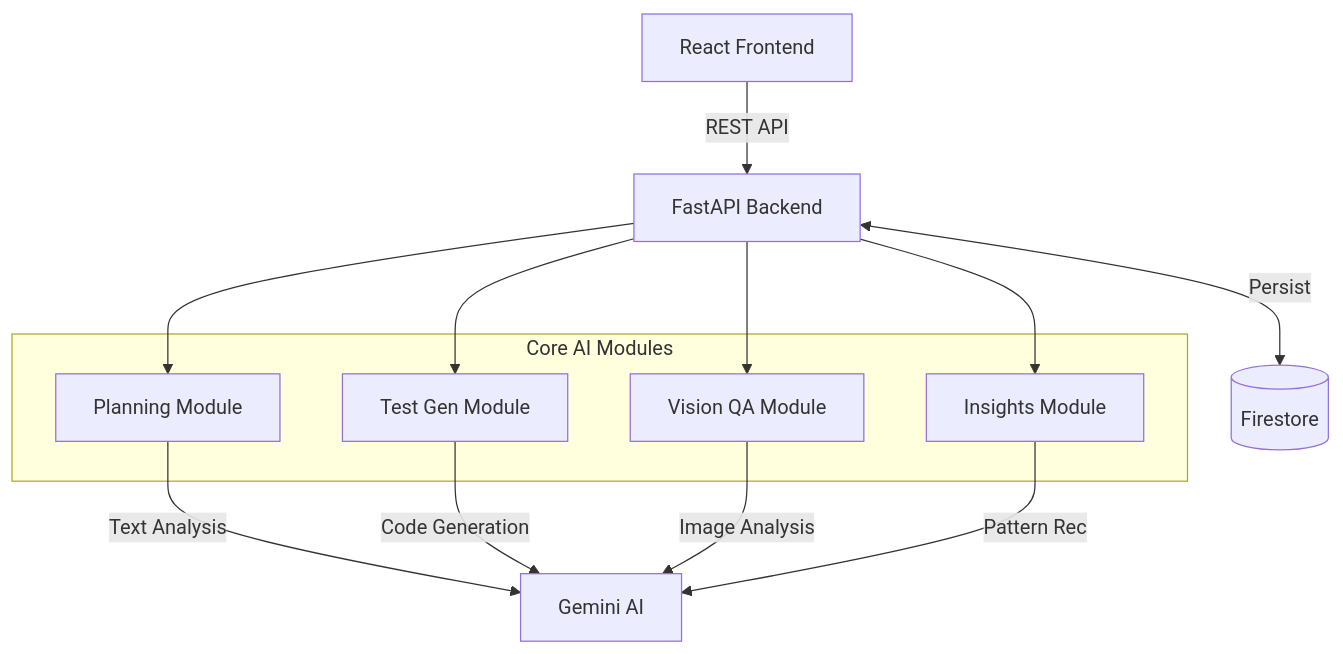
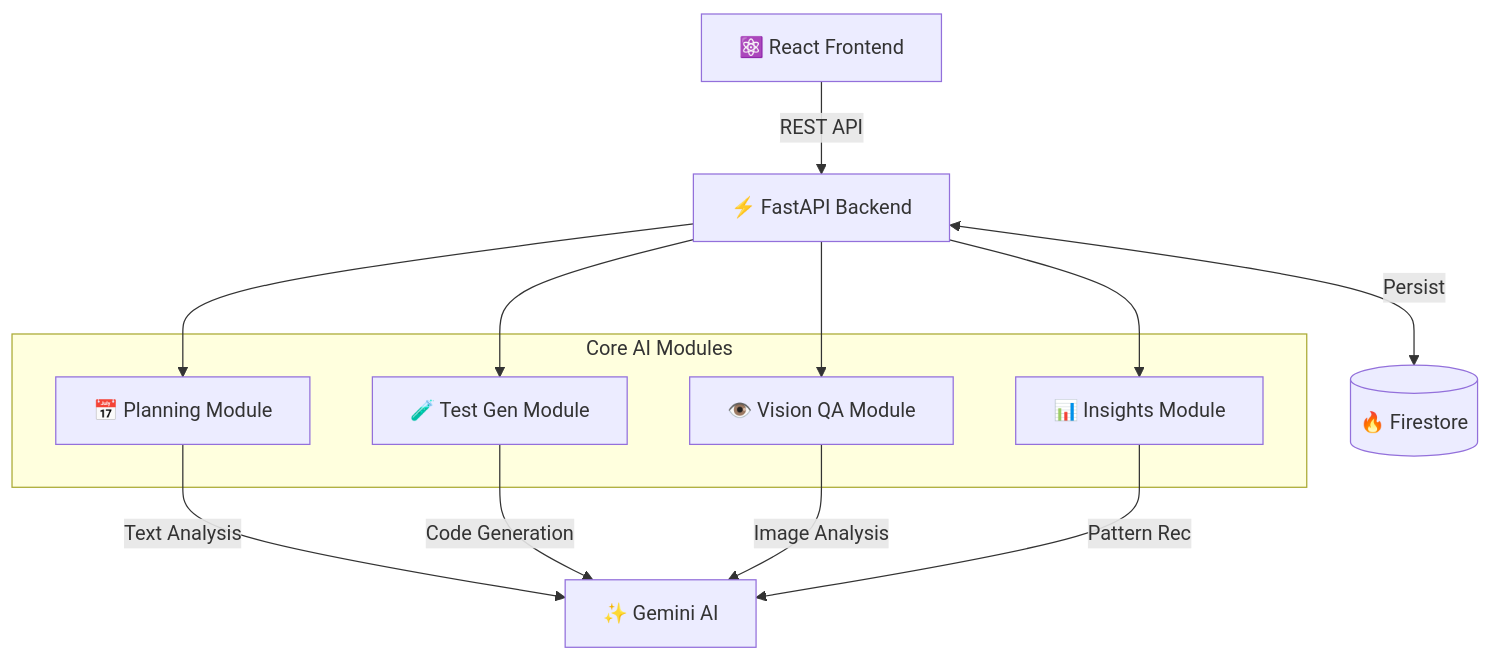
The first of 2 diagrams in README.md (PATTASWAMY-VISHWAK-YASASHREE/octus), drawn with Mermaid before and after one commit. The commit also changed other lines of this file, not shown here.

````diff
--- a/README.md
+++ b/README.md
@@ -19,27 +19,27 @@
 ```mermaid
 graph TD
-    Client[React Frontend]
-    API[FastAPI Backend]
-    DB[(Firestore)]
-    AI[Gemini AI]
+    Client[⚛️ React Frontend]
+    API[⚡ FastAPI Backend]
+    DB[(🔥 Firestore)]
+    AI[✨ Gemini AI]
     
     Client -->|REST API| API
     API <-->|Persist| DB
     
     subgraph "Core AI Modules"
-        Planning[Planning Module]
-        TestGen[Test Gen Module]
-        Vision[Vision QA Module]
-        Insights[Insights Module]
+        Planning[📅 Planning Module]
+        TestGen[🧪 Test Gen Module]
+        Vision[👁️ Vision QA Module]
+        Insights[📊 Insights Module]
     end
     
     API --> Planning
     API --> TestGen
     API --> Vision
     API --> Insights
     
     Planning -->|Text Analysis| AI
     TestGen -->|Code Generation| AI
     Vision -->|Image Analysis| AI
     Insights -->|Pattern Rec| AI
 ```
````
